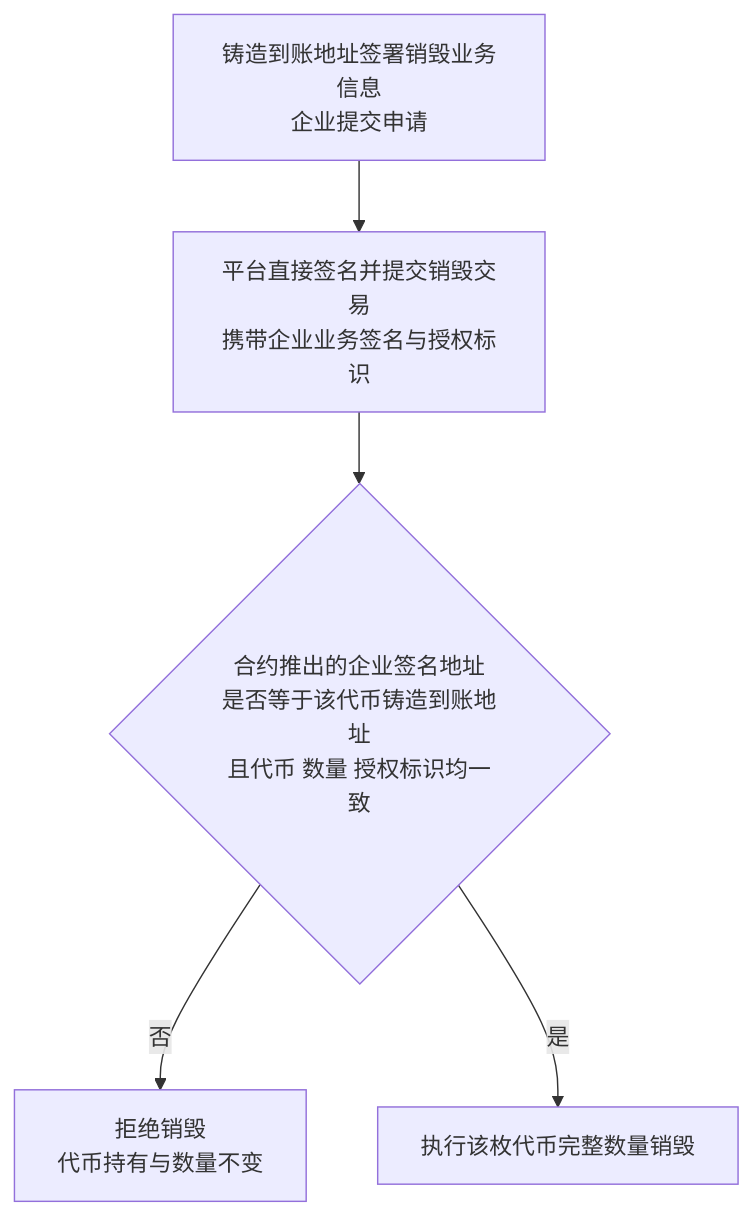
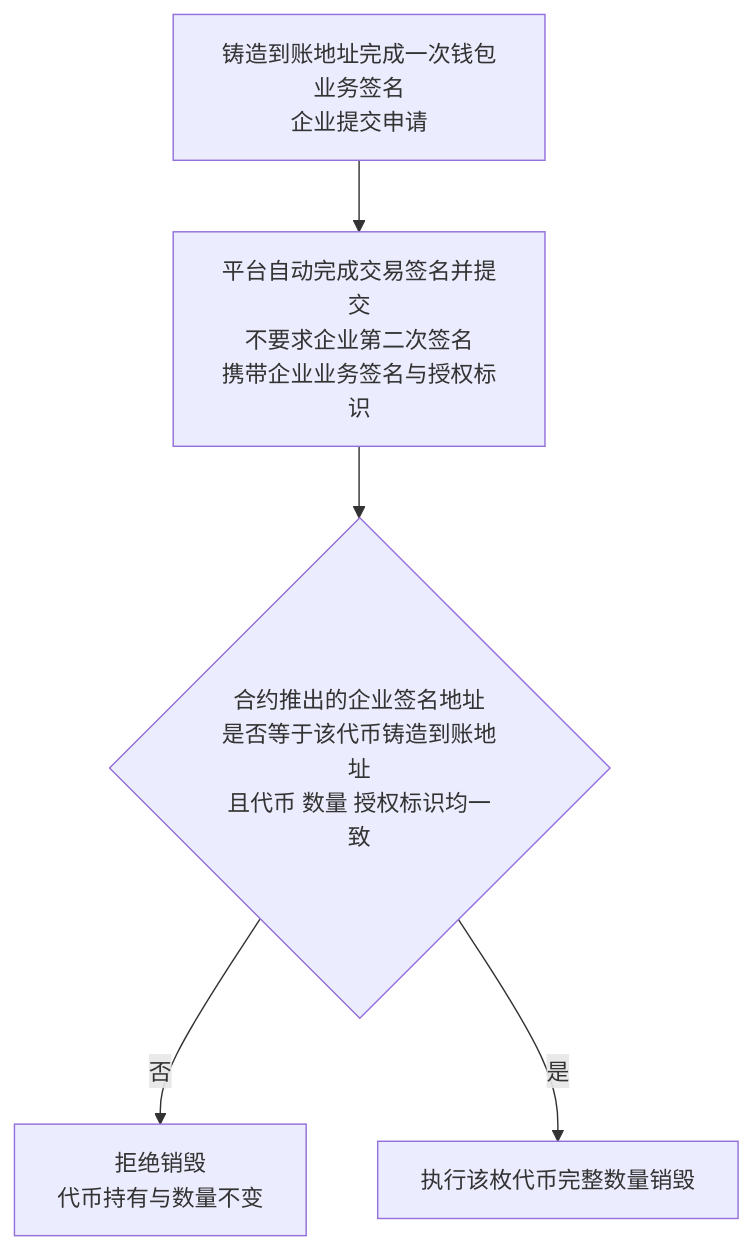
The fifth of 6 diagrams in token-issuance-platform/PRD/管理端/M6-合约管理/02-合约管理-流程图与状态机.md (wxblockchain/Chain-Financing), drawn with Mermaid before and after one commit. The commit also changed 8 other files, not shown here.

````diff
--- a/token-issuance-platform/PRD/管理端/M6-合约管理/02-合约管理-流程图与状态机.md
+++ b/token-issuance-platform/PRD/管理端/M6-合约管理/02-合约管理-流程图与状态机.md
@@ -110,7 +110,7 @@
 ```mermaid
 flowchart TD
-    A[铸造到账地址签署销毁业务信息<br/>企业提交申请] --> C[平台直接签名并提交销毁交易<br/>携带企业业务签名与授权标识]
+    A[铸造到账地址完成一次钱包业务签名<br/>企业提交申请] --> C[平台自动完成交易签名并提交<br/>不要求企业第二次签名<br/>携带企业业务签名与授权标识]
     C --> D{合约推出的企业签名地址<br/>是否等于该代币铸造到账地址<br/>且代币 数量 授权标识均一致}
     D -->|否| E[拒绝销毁<br/>代币持有与数量不变]
     D -->|是| F[执行该枚代币完整数量销毁]
 ```
````
